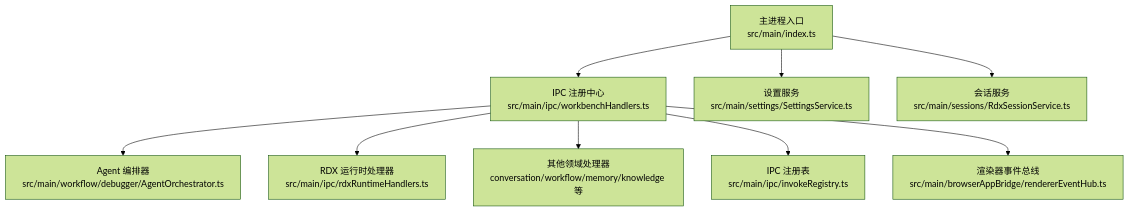
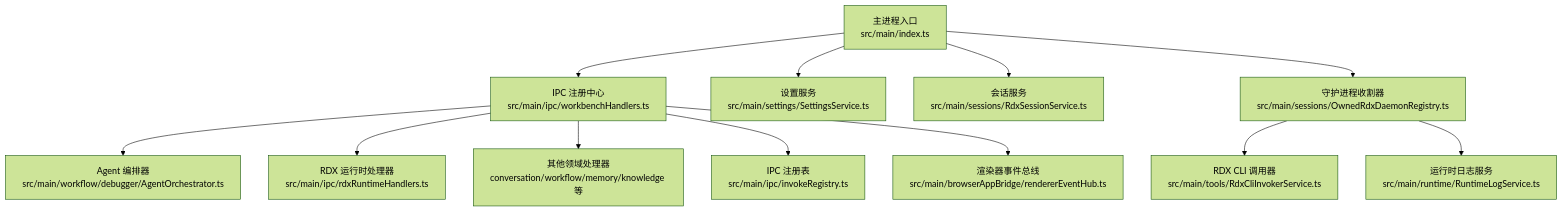
Before and after one commit to haolange/RDC-Agent: the first of 10 diagrams in .qoder/repowiki/zh/content/架构设计/主进程架构/主进程架构.md, drawn with Mermaid (forest theme). The commit also changed other lines of this file and 28 other files, not shown here.

````diff
--- a/.qoder/repowiki/zh/content/架构设计/主进程架构/主进程架构.md
+++ b/.qoder/repowiki/zh/content/架构设计/主进程架构/主进程架构.md
@@ -39,11 +48,14 @@
 ```mermaid
 graph TB
 A["主进程入口<br/>src/main/index.ts"] --> B["IPC 注册中心<br/>src/main/ipc/workbenchHandlers.ts"]
 A --> C["设置服务<br/>src/main/settings/SettingsService.ts"]
 A --> D["会话服务<br/>src/main/sessions/RdxSessionService.ts"]
-B --> E["Agent 编排器<br/>src/main/workflow/debugger/AgentOrchestrator.ts"]
-B --> F["RDX 运行时处理器<br/>src/main/ipc/rdxRuntimeHandlers.ts"]
-B --> G["其他领域处理器<br/>conversation/workflow/memory/knowledge 等"]
-B --> H["IPC 注册表<br/>src/main/ipc/invokeRegistry.ts"]
-B --> I["渲染器事件总线<br/>src/main/browserAppBridge/rendererEventHub.ts"]
+A --> E["守护进程收割器<br/>src/main/sessions/OwnedRdxDaemonRegistry.ts"]
+B --> F["Agent 编排器<br/>src/main/workflow/debugger/AgentOrchestrator.ts"]
+B --> G["RDX 运行时处理器<br/>src/main/ipc/rdxRuntimeHandlers.ts"]
+B --> H["其他领域处理器<br/>conversation/workflow/memory/knowledge 等"]
+B --> I["IPC 注册表<br/>src/main/ipc/invokeRegistry.ts"]
+B --> J["渲染器事件总线<br/>src/main/browserAppBridge/rendererEventHub.ts"]
+E --> K["RDX CLI 调用器<br/>src/main/tools/RdxCliInvokerService.ts"]
+E --> L["运行时日志服务<br/>src/main/runtime/RuntimeLogService.ts"]
 ```
````
